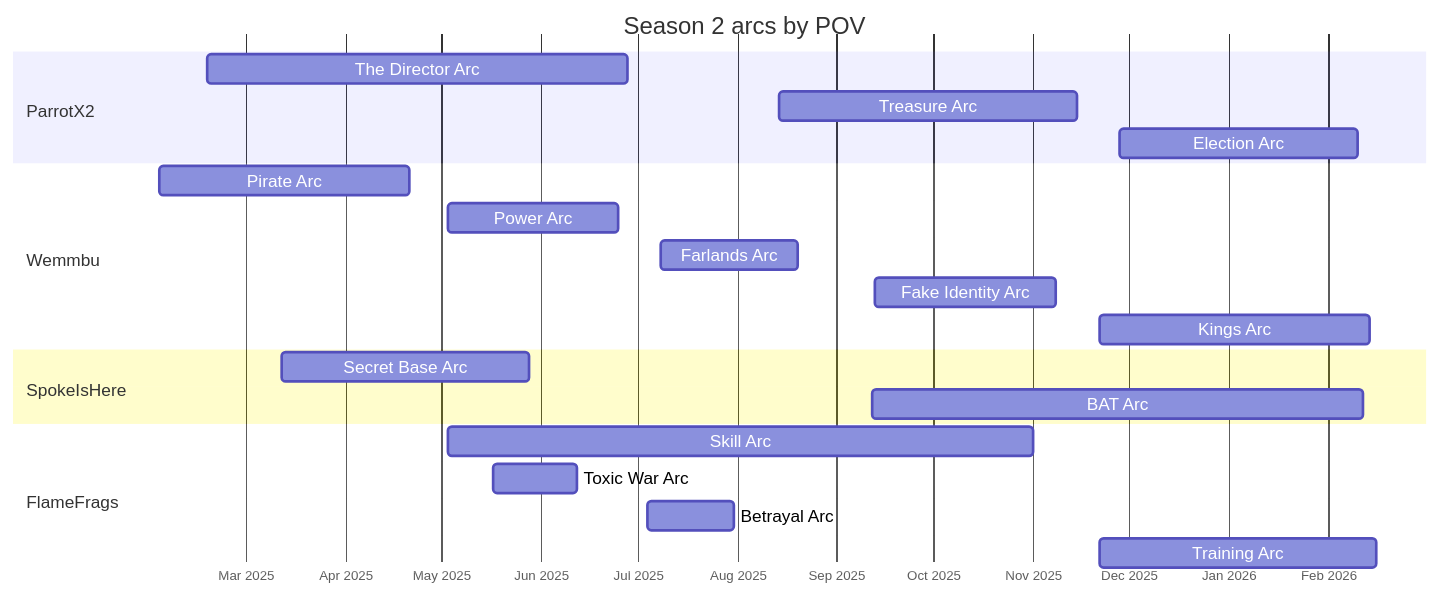
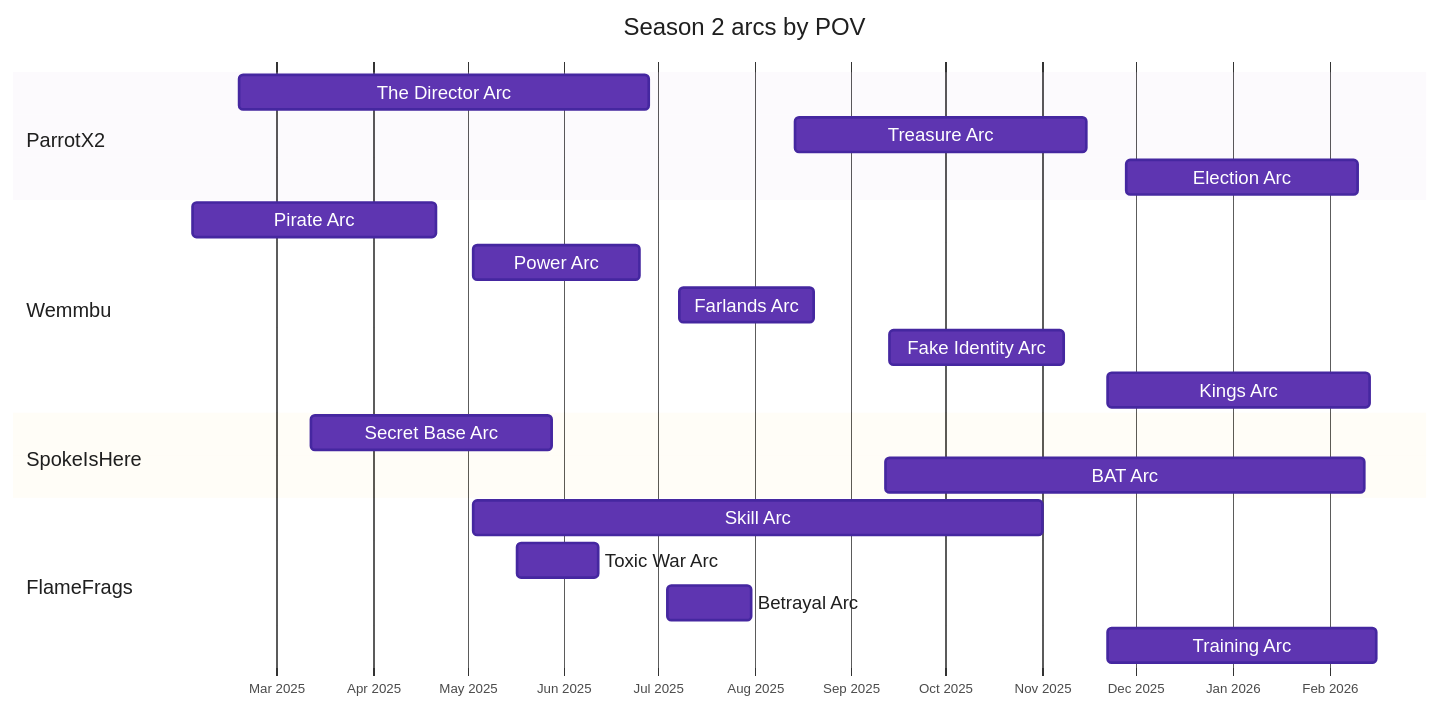
The second of 2 diagrams in docs/episodes/season-2/index.md (That1Guy005/Unstable-Wiki), drawn with Mermaid before and after one commit. The commit also changed other lines of this file and 57 other files, not shown here.

Commit message:
feat: improved readability charts

````diff
--- a/docs/episodes/season-2/index.md
+++ b/docs/episodes/season-2/index.md
@@ -35,26 +41,26 @@
 ```mermaid
-%%{init: {"gantt": {"barHeight": 22, "barGap": 6, "fontSize": 13, "sectionFontSize": 13, "leftPadding": 110, "topPadding": 40}}}%%
+%%{init: {"theme": "base", "themeVariables": {"fontFamily": "Roboto, Helvetica, Arial, sans-serif", "fontSize": "15px", "primaryTextColor": "#1f1f1f", "textColor": "#1f1f1f", "titleColor": "#1f1f1f", "gridColor": "#d0d0d8", "taskBkgColor": "#5e35b1", "taskBorderColor": "#4527a0", "taskTextColor": "#ffffff", "taskTextLightColor": "#ffffff", "taskTextDarkColor": "#1f1f1f", "taskTextOutsideColor": "#1f1f1f", "taskTextClickableColor": "#1f1f1f", "sectionBkgColor": "#ede7f6", "altSectionBkgColor": "#ffffff", "sectionBkgColor2": "#fff3d6"}, "gantt": {"barHeight": 26, "barGap": 6, "fontSize": 14, "sectionFontSize": 15, "leftPadding": 135, "topPadding": 54, "gridLineStartPadding": 40, "titleTopMargin": 24}, "themeCSS": ".titleText{font-size:20px;font-weight:600;fill:#1f1f1f} .sectionTitle{font-size:15px;font-weight:600;fill:#1f1f1f} .tick text{font-size:13px;fill:#333} .taskText,.taskTextOutsideRight,.taskTextOutsideLeft{font-size:14px} .milestone{fill:#5e35b1;stroke:#4527a0}"}}%%
 gantt
     title Season 2 arcs by POV
     dateFormat YYYY-MM-DD
     axisFormat %b %Y
     todayMarker off
     section ParrotX2
     The Director Arc : 2025-02-17, 2025-06-28
     Treasure Arc : 2025-08-14, 2025-11-15
     Election Arc : 2025-11-28, 2026-02-10
     section Wemmbu
     Pirate Arc : 2025-02-02, 2025-04-21
     Power Arc : 2025-05-03, 2025-06-25
     Farlands Arc : 2025-07-08, 2025-08-20
     Fake Identity Arc : 2025-09-13, 2025-11-08
     Kings Arc : 2025-11-22, 2026-02-14
     section SpokeIsHere
     Secret Base Arc : 2025-03-12, 2025-05-28
     BAT Arc : 2025-09-12, 2026-02-12
     section FlameFrags
     Skill Arc : 2025-05-03, 2025-11-01
     Toxic War Arc : 2025-05-17, 2025-06-12
     Betrayal Arc : 2025-07-04, 2025-07-31
     Training Arc : 2025-11-22, 2026-02-16
 ```
````
